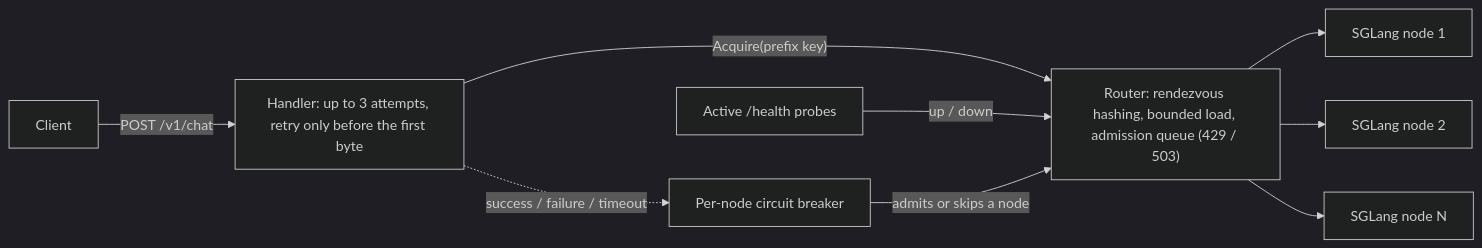
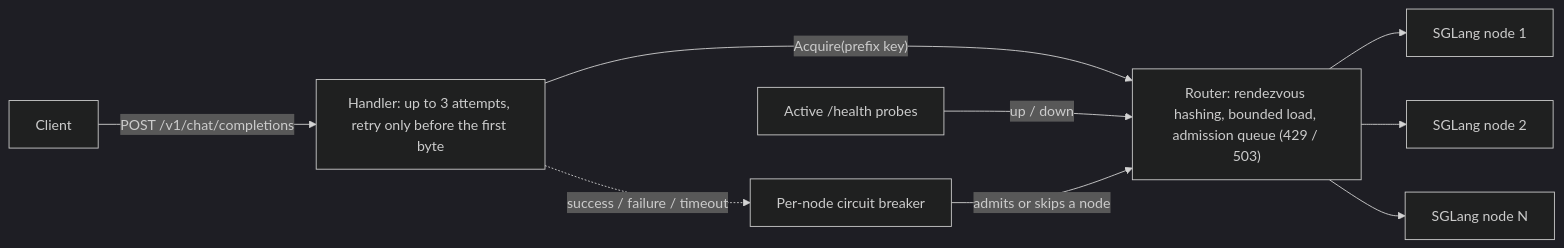
Before and after one commit to YuchenHe985/radixgates: the diagram in README.md, drawn with Mermaid (dark theme). The commit also changed other lines of this file, not shown here.

Commit message:
Polish README and update API diagram

````diff
--- a/README.md
+++ b/README.md
@@ -16,11 +16,11 @@
 ```mermaid
 flowchart LR
-    C["Client"] -->|"POST /v1/chat"| H["Handler: up to 3 attempts, retry only before the first byte"]
+    C["Client"] -->|"POST /v1/chat/completions"| H["Handler: up to 3 attempts, retry only before the first byte"]
     H -->|"Acquire(prefix key)"| R["Router: rendezvous hashing, bounded load, admission queue (429 / 503)"]
     R --> N1["SGLang node 1"]
     R --> N2["SGLang node 2"]
     R --> N3["SGLang node N"]
     P["Active /health probes"] -->|"up / down"| R
     B["Per-node circuit breaker"] -->|"admits or skips a node"| R
     H -.->|"success / failure / timeout"| B
 ```
````
